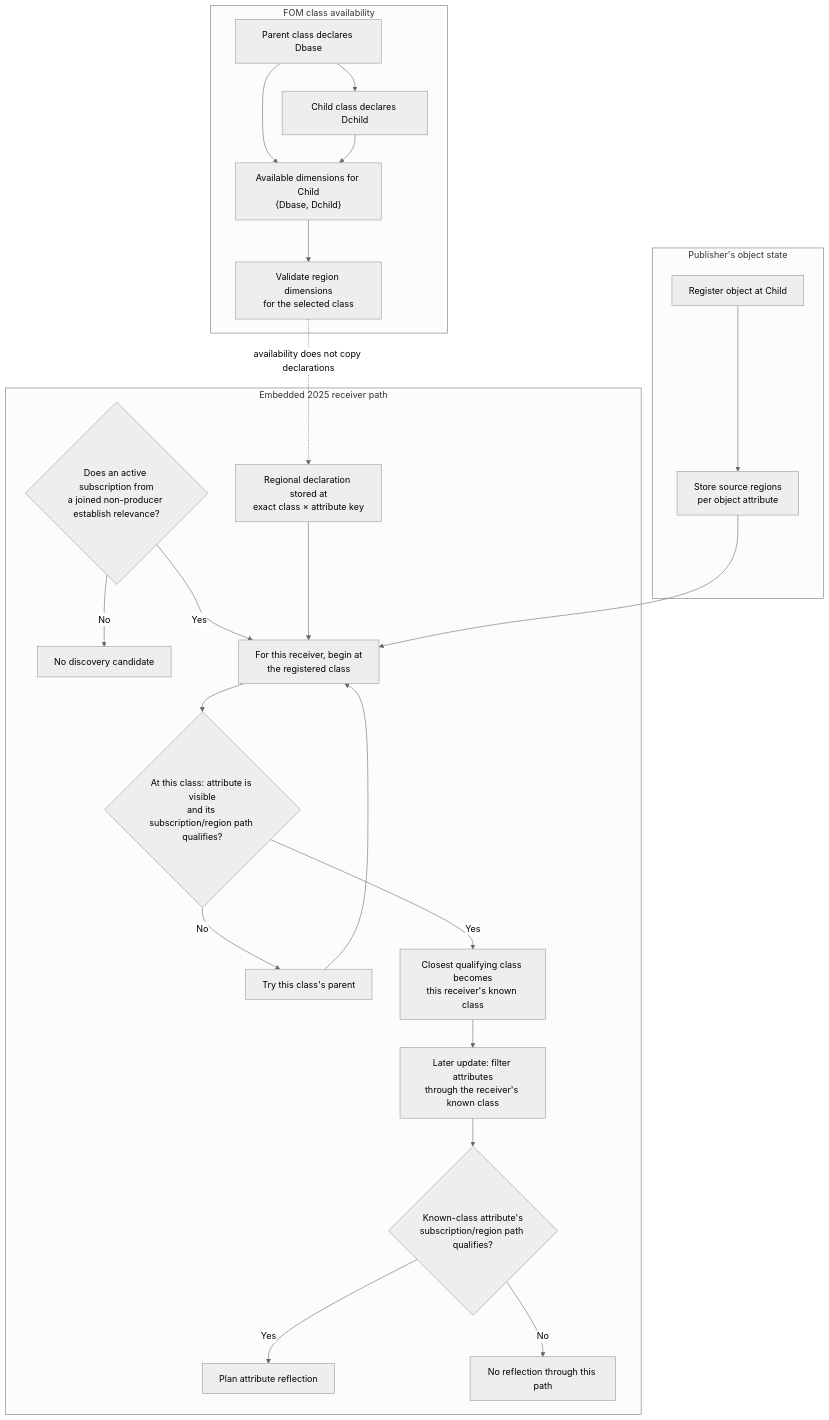
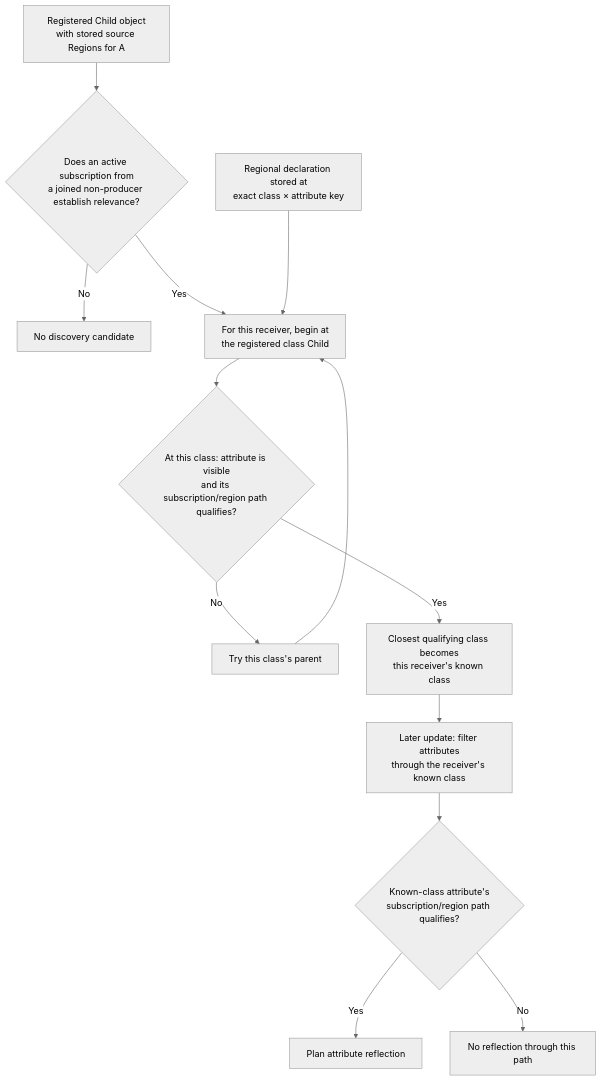
Before and after one commit to sheepfling/umbra: the ninth of 35 diagrams in docs/design/HLA-2025-DATA-DISTRIBUTION-AND-REGIONS-FLOW-GUIDE.md, drawn with Mermaid (neutral theme). The commit also changed other lines of this file and 39 other files, not shown here.

Commit message:
Document IEEE 1516.1-2025 behavior flows

````diff
--- a/docs/design/HLA-2025-DATA-DISTRIBUTION-AND-REGIONS-FLOW-GUIDE.md
+++ b/docs/design/HLA-2025-DATA-DISTRIBUTION-AND-REGIONS-FLOW-GUIDE.md
@@ -314,31 +648,15 @@
 ```mermaid
 flowchart TD
-  subgraph Availability["FOM class availability"]
-    Base["Parent class declares Dbase"] --> Child["Child class declares Dchild"]
-    Base --> ChildDims["Available dimensions for Child<br/>{Dbase, Dchild}"]
-    Child --> ChildDims
-    ChildDims --> RegionCheck["Validate region dimensions<br/>for the selected class"]
-  end
-
-  subgraph ObjectState["Publisher's object state"]
-    Register["Register object at Child"] --> SourceAssoc["Store source regions<br/>per object attribute"]
-  end
-
-  subgraph ReceiverState["Embedded 2025 receiver path"]
-    ActiveGate{"Does an active subscription from<br/>a joined non-producer establish relevance?"}
-    ActiveGate -->|No| NotRelevant["No discovery candidate"]
-    ActiveGate -->|Yes| Walk["For this receiver, begin at<br/>the registered class"]
-    Declaration["Regional declaration stored at<br/>exact class × attribute key"] --> Walk
-    SourceAssoc --> Walk
-    Walk --> Candidate{"At this class: attribute is visible<br/>and its subscription/region path qualifies?"}
-    Candidate -->|No| ParentStep["Try this class's parent"]
-    ParentStep --> Walk
-    Candidate -->|Yes| Known["Closest qualifying class becomes<br/>this receiver's known class"]
-    Known --> Project["Later update: filter attributes<br/>through the receiver's known class"]
-    Project --> Route{"Known-class attribute's<br/>subscription/region path qualifies?"}
-    Route -->|Yes| Reflect["Plan attribute reflection"]
-    Route -->|No| Suppress["No reflection through this path"]
-  end
-
-  RegionCheck -. "availability does not copy declarations" .-> Declaration
+  Registered["Registered Child object<br/>with stored source Regions for A"] --> ActiveGate{"Does an active subscription from<br/>a joined non-producer establish relevance?"}
+  ActiveGate -->|No| NotRelevant["No discovery candidate"]
+  ActiveGate -->|Yes| Walk["For this receiver, begin at<br/>the registered class Child"]
+  Declaration["Regional declaration stored at<br/>exact class × attribute key"] --> Walk
+  Walk --> Candidate{"At this class: attribute is visible<br/>and its subscription/region path qualifies?"}
+  Candidate -->|No| ParentStep["Try this class's parent"]
+  ParentStep --> Walk
+  Candidate -->|Yes| Known["Closest qualifying class becomes<br/>this receiver's known class"]
+  Known --> Project["Later update: filter attributes<br/>through the receiver's known class"]
+  Project --> Route{"Known-class attribute's<br/>subscription/region path qualifies?"}
+  Route -->|Yes| Reflect["Plan attribute reflection"]
+  Route -->|No| Suppress["No reflection through this path"]
 ```
````
